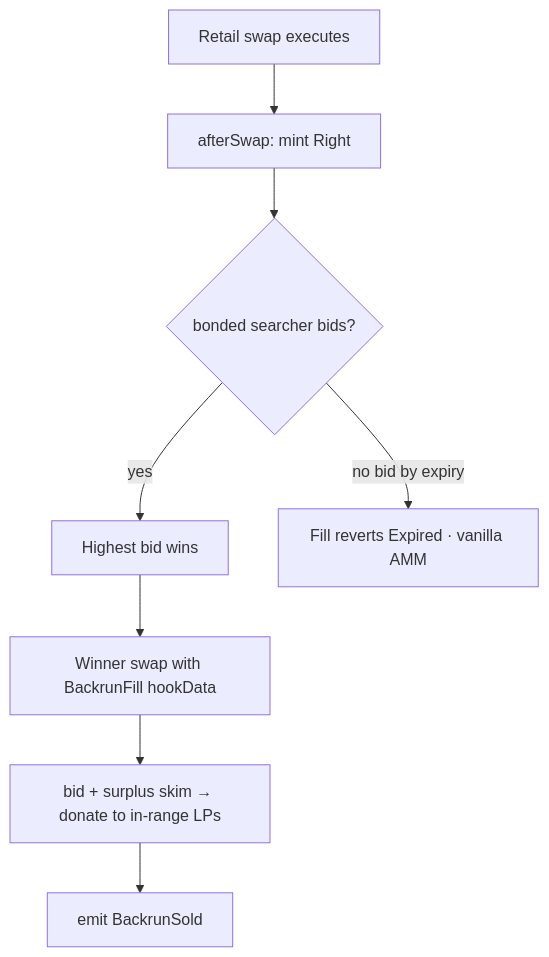
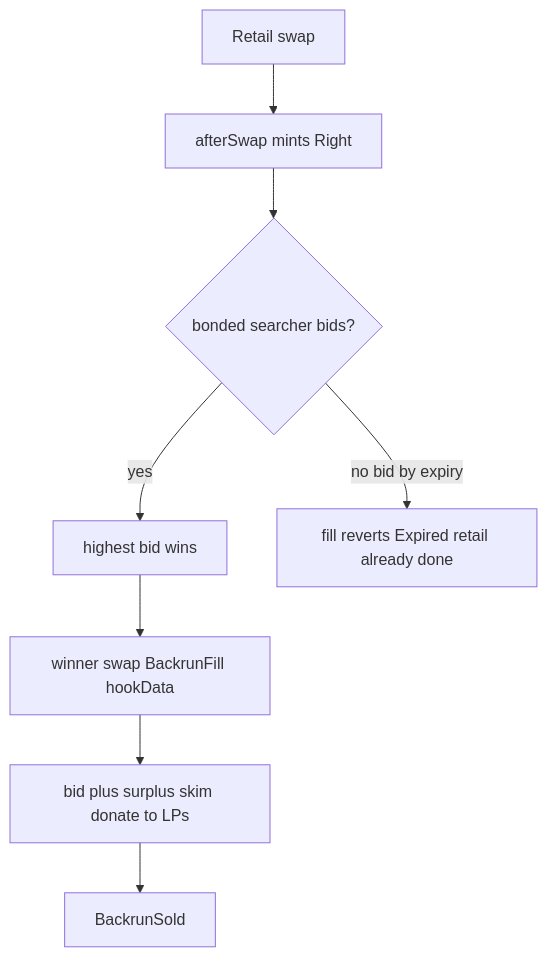
One commit to Najnomics/sold-backrun changed the first of 3 diagrams in README.md. Above: the diagram before and after it, drawn with Mermaid. The commit also changed other lines of this file, not shown here.

Commit message:
Expand the README with idea, flow, deployments, integrations, and the business case.

````diff
--- a/README.md
+++ b/README.md
@@ -48,10 +50,10 @@
 ```mermaid
 flowchart TD
-    A[Retail swap executes] --> B["afterSwap: mint Right"]
+    A[Retail swap] --> B[afterSwap mints Right]
     B --> C{bonded searcher bids?}
-    C -- "yes" --> D[Highest bid wins]
-    D --> E["Winner swap with BackrunFill hookData"]
-    E --> F["bid + surplus skim → donate to in-range LPs"]
-    C -- "no bid by expiry" --> G[Fill reverts Expired · vanilla AMM]
-    F --> H[emit BackrunSold]
+    C -->|yes| D[highest bid wins]
+    D --> E[winner swap BackrunFill hookData]
+    E --> F[bid plus surplus skim donate to LPs]
+    C -->|no bid by expiry| G[fill reverts Expired retail already done]
+    F --> H[BackrunSold]
 ```
````
